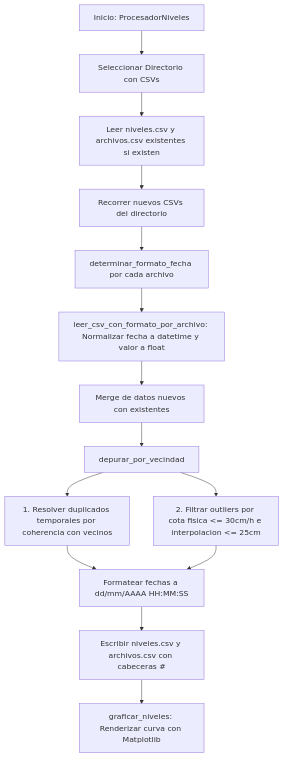
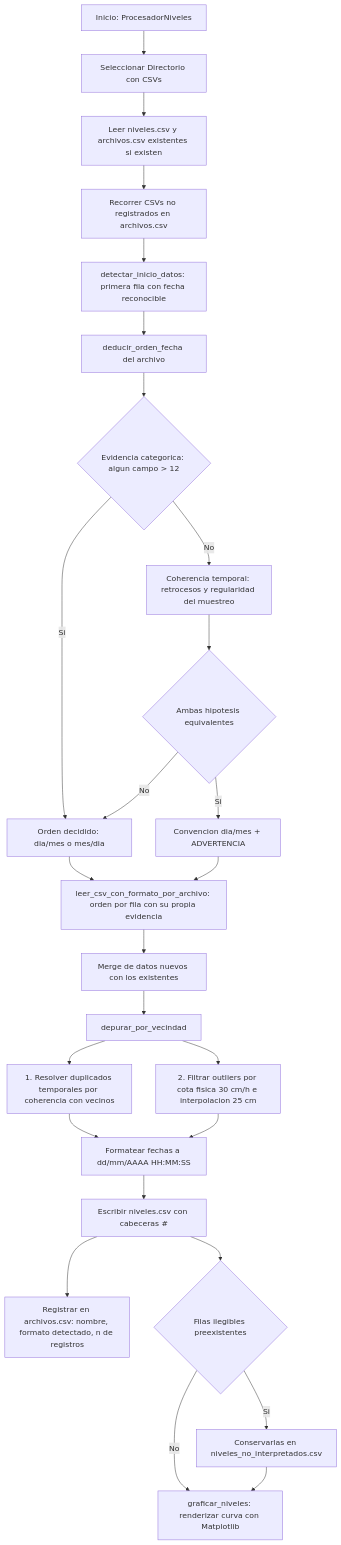
One commit to RedSismicaAustro/rsa_sismologia changed the diagram in modulos externos/niveles_embalses_contx.md. Above: the diagram before and after it, drawn with Mermaid. The commit also changed other lines of this file and 28 other files, not shown here.

````diff
--- a/modulos externos/niveles_embalses_contx.md
+++ b/modulos externos/niveles_embalses_contx.md
@@ -38,19 +57,32 @@
 ```mermaid
 flowchart TD
     A[Inicio: ProcesadorNiveles] --> B[Seleccionar Directorio con CSVs]
     B --> C[Leer niveles.csv y archivos.csv existentes si existen]
-    C --> D[Recorrer nuevos CSVs del directorio]
-    
-    D --> E[determinar_formato_fecha por cada archivo]
-    E --> F[leer_csv_con_formato_por_archivo: Normalizar fecha a datetime y valor a float]
-    F --> G[Merge de datos nuevos con existentes]
-    
-    G --> H[depurar_por_vecindad]
-    H --> I[1. Resolver duplicados temporales por coherencia con vecinos]
-    H --> J[2. Filtrar outliers por cota fisica <= 30cm/h e interpolacion <= 25cm]
-    
-    I --> K[Formatear fechas a dd/mm/AAAA HH:MM:SS]
-    J --> K
-    K --> L[Escribir niveles.csv y archivos.csv con cabeceras #]
-    L --> M[graficar_niveles: Renderizar curva con Matplotlib]
+    C --> D[Recorrer CSVs no registrados en archivos.csv]
+
+    D --> E[detectar_inicio_datos: primera fila con fecha reconocible]
+    E --> F[deducir_orden_fecha del archivo]
+    F --> F1{Evidencia categorica: algun campo > 12}
+    F1 -- Si --> F2[Orden decidido: dia/mes o mes/dia]
+    F1 -- No --> F3[Coherencia temporal: retrocesos y regularidad del muestreo]
+    F3 --> F4{Ambas hipotesis equivalentes}
+    F4 -- Si --> F5[Convencion dia/mes + ADVERTENCIA]
+    F4 -- No --> F2
+
+    F2 --> G[leer_csv_con_formato_por_archivo: orden por fila con su propia evidencia]
+    F5 --> G
+    G --> H[Merge de datos nuevos con los existentes]
+
+    H --> I[depurar_por_vecindad]
+    I --> I1[1. Resolver duplicados temporales por coherencia con vecinos]
+    I --> I2[2. Filtrar outliers por cota fisica 30 cm/h e interpolacion 25 cm]
+
+    I1 --> J[Formatear fechas a dd/mm/AAAA HH:MM:SS]
+    I2 --> J
+    J --> K[Escribir niveles.csv con cabeceras #]
+    K --> L[Registrar en archivos.csv: nombre, formato detectado, n de registros]
+    K --> M{Filas ilegibles preexistentes}
+    M -- Si --> N[Conservarlas en niveles_no_interpretados.csv]
+    M -- No --> O
+    N --> O[graficar_niveles: renderizar curva con Matplotlib]
 ```
````
